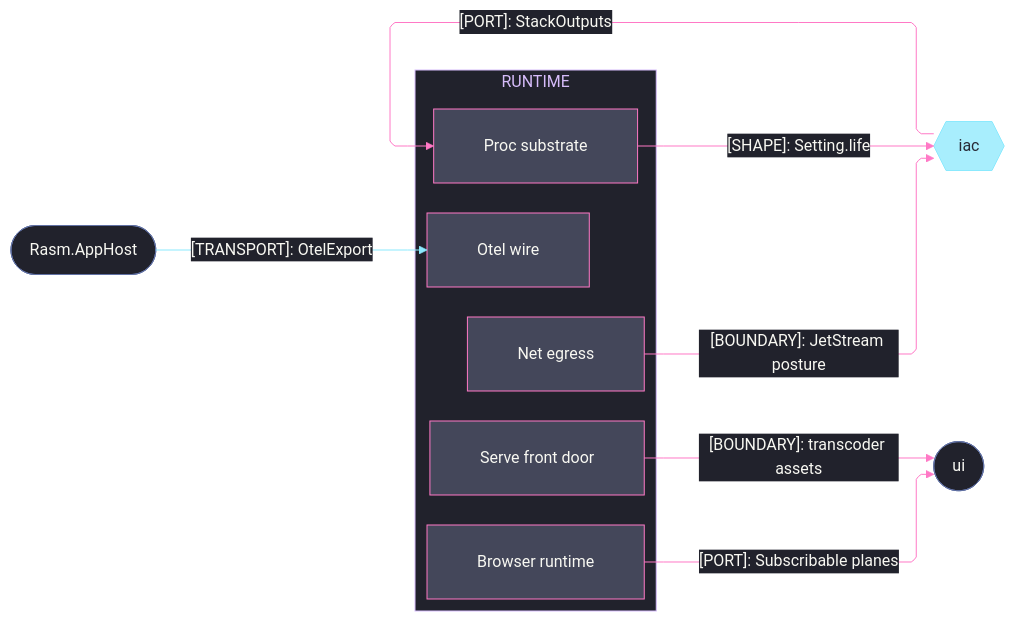
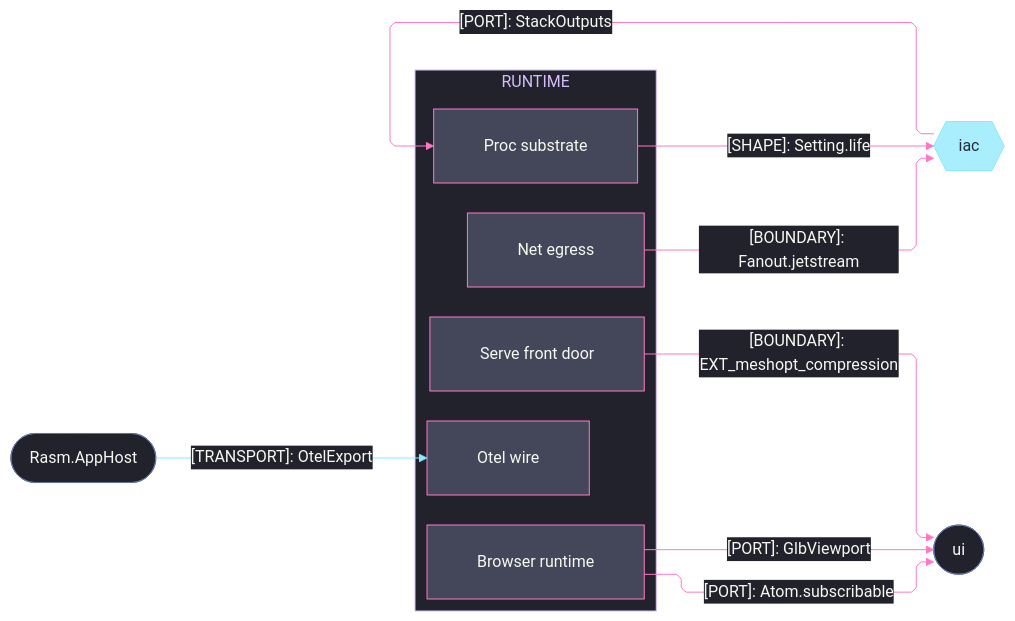
Before and after one commit to bsamiee/Rasm: the third of 3 diagrams in libs/typescript/runtime/ARCHITECTURE.md, drawn with Mermaid. The commit also changed other lines of this file and 24 other files, not shown here.

Commit message:
architecture: seam registries + codemaps aligned across the estate (worker fabric edges, scene rows, csharp/ts seam mirrors)

````diff
--- a/libs/typescript/runtime/ARCHITECTURE.md
+++ b/libs/typescript/runtime/ARCHITECTURE.md
@@ -120,57 +195,58 @@
 ```mermaid
 ---
 config:
   theme: base
   look: classic
   layout: elk
   flowchart:
     curve: linear
     padding: 25
   themeVariables:
     darkMode: true
     fontFamily: "SF Mono, Menlo, Cascadia Mono, Segoe UI Mono, Consolas, monospace"
     useGradient: false
     dropShadow: "none"
     background: "#282A36"
     primaryColor: "#44475A"
     primaryTextColor: "#F8F8F2"
     primaryBorderColor: "#BD93F9"
     lineColor: "#FF79C6"
     textColor: "#F8F8F2"
     clusterBkg: "#21222C"
     clusterBorder: "#D6BCFA"
     edgeLabelBackground: "#21222C"
     labelBackgroundColor: "#21222C"
     titleColor: "#D6BCFA"
   themeCSS: ".nodeLabel{font-size:13px;font-weight:500}.edgeLabel{font-size:12px;font-weight:500}.cluster-label .nodeLabel{font-size:13.5px;font-weight:700;letter-spacing:.08em}.edge-thickness-normal{stroke-width:2px}.edge-thickness-thick{stroke-width:3px}.edge-pattern-dashed,.edge-pattern-dotted{stroke-width:1.5px;stroke-dasharray:4 6}.node rect,.node circle,.node polygon,.node path,.node .outer-path{stroke-width:1.5px;filter:none!important}.cluster rect{stroke-width:1px!important;stroke-dasharray:5 4!important;filter:none!important}.marker path{transform:scale(.8);transform-origin:5px 5px}.marker circle{transform:scale(.48);transform-origin:5px 5px}.edgeLabel rect{transform-box:fill-box;transform-origin:center;transform:scale(1.1,1.2)}"
 ---
 flowchart LR
     accTitle: Runtime platform and cross-runtime seam registry
     accDescr: Runtime sub-domain owners exchanging settings, stack outputs, transcoder assets, subscribable planes, and OTLP telemetry with the iac and ui TypeScript peers and the Rasm.AppHost cross-runtime host, edge rails colored by kind and nodes classed by seam direction.
     subgraph runtime[RUNTIME]
         Otel[Otel wire]
         Proc[Proc substrate]
         Net[Net egress]
         Serve[Serve front door]
         Browser[Browser runtime]
     end
     AppHost([Rasm.AppHost])
     Iac{{iac}}
     Ui([ui])
     AppHost e1@-->|"[TRANSPORT]: OtelExport"| Otel
     Proc e2@-->|"[SHAPE]: Setting.life"| Iac
-    Net e3@-->|"[BOUNDARY]: JetStream posture"| Iac
+    Net e3@-->|"[BOUNDARY]: Fanout.jetstream"| Iac
     Iac e4@-->|"[PORT]: StackOutputs"| Proc
-    Serve e5@-->|"[BOUNDARY]: transcoder assets"| Ui
-    Browser e6@-->|"[PORT]: Subscribable planes"| Ui
+    Serve e5@-->|"[BOUNDARY]: EXT_meshopt_compression"| Ui
+    Browser e6@-->|"[PORT]: Atom.subscribable"| Ui
+    Browser e7@-->|"[PORT]: GlbViewport"| Ui
     classDef primary fill:#44475A,stroke:#FF79C6,color:#F8F8F2
     classDef external fill:#8BE9FDBF,stroke:#8BE9FD,color:#282A36
-    classDef annotation fill:#21222C,stroke:#6272A4,color:#F8F8F2
+    classDef recessed fill:#21222C,stroke:#6272A4,color:#F8F8F2
     classDef edgeExternal stroke:#8BE9FD,color:#F8F8F2
     classDef edgeControl stroke:#FF79C6,color:#F8F8F2
     class Otel,Proc,Net,Serve,Browser primary
     class Iac external
-    class AppHost,Ui annotation
+    class AppHost,Ui recessed
     class e1 edgeExternal
-    class e2,e3,e4,e5,e6 edgeControl
+    class e2,e3,e4,e5,e6,e7 edgeControl
 ```
````
